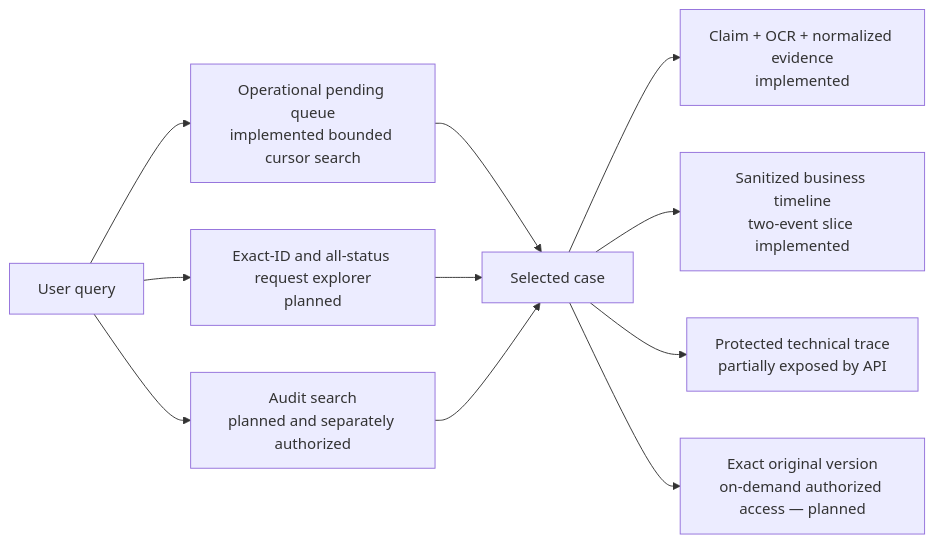
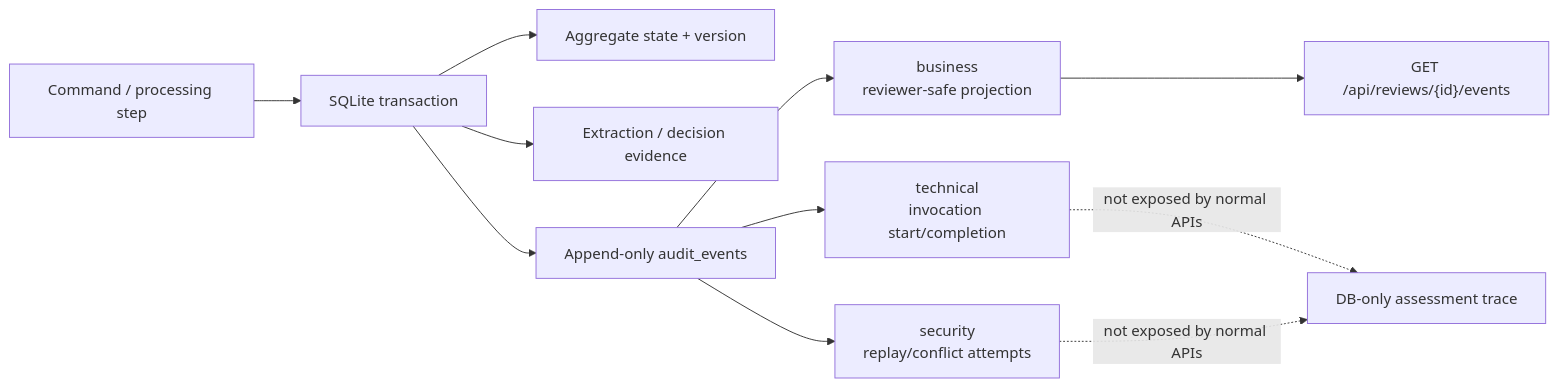
The fifth of 7 diagrams in docs/architecture.md (Dev-Luigy/automation_luigygabriel), drawn with Mermaid before and after one commit. The commit also changed other lines of this file and 13 other files, not shown here.

Commit message:
docs: finalize assessment architecture and report

````diff
--- a/docs/architecture.md
+++ b/docs/architecture.md
@@ -118,20 +160,15 @@
 ```mermaid
 flowchart LR
-    Query["User query"]
-    Pending["Operational pending queue\nimplemented bounded cursor search"]
-    Explorer["Exact-ID and all-status request explorer\nplanned"]
-    AuditSearch["Audit search\nplanned and separately authorized"]
-    Detail["Selected case"]
-    Evidence["Claim + OCR + normalized evidence\nimplemented"]
-    Timeline["Sanitized business timeline\ntwo-event slice implemented"]
-    Technical["Protected technical trace\npartially exposed by API"]
-    File["Exact original version\non-demand authorized access — planned"]
+    Command["Command / processing step"] --> Transaction["SQLite transaction"]
+    Transaction --> State["Aggregate state + version"]
+    Transaction --> Evidence["Extraction / decision evidence"]
+    Transaction --> Events["Append-only audit_events"]
 
-    Query --> Pending --> Detail
-    Query --> Explorer --> Detail
-    Query --> AuditSearch --> Detail
-    Detail --> Evidence
-    Detail --> Timeline
-    Detail --> Technical
-    Detail --> File
+    Events --> Business["business\nreviewer-safe projection"]
+    Events --> Technical["technical\ninvocation start/completion"]
+    Events --> Security["security\nreplay/conflict attempts"]
+
+    Business --> Timeline["GET /api/reviews/{id}/events"]
+    Technical -. "not exposed by normal APIs" .-> Protected["DB-only assessment trace"]
+    Security -. "not exposed by normal APIs" .-> Protected
 ```
````
